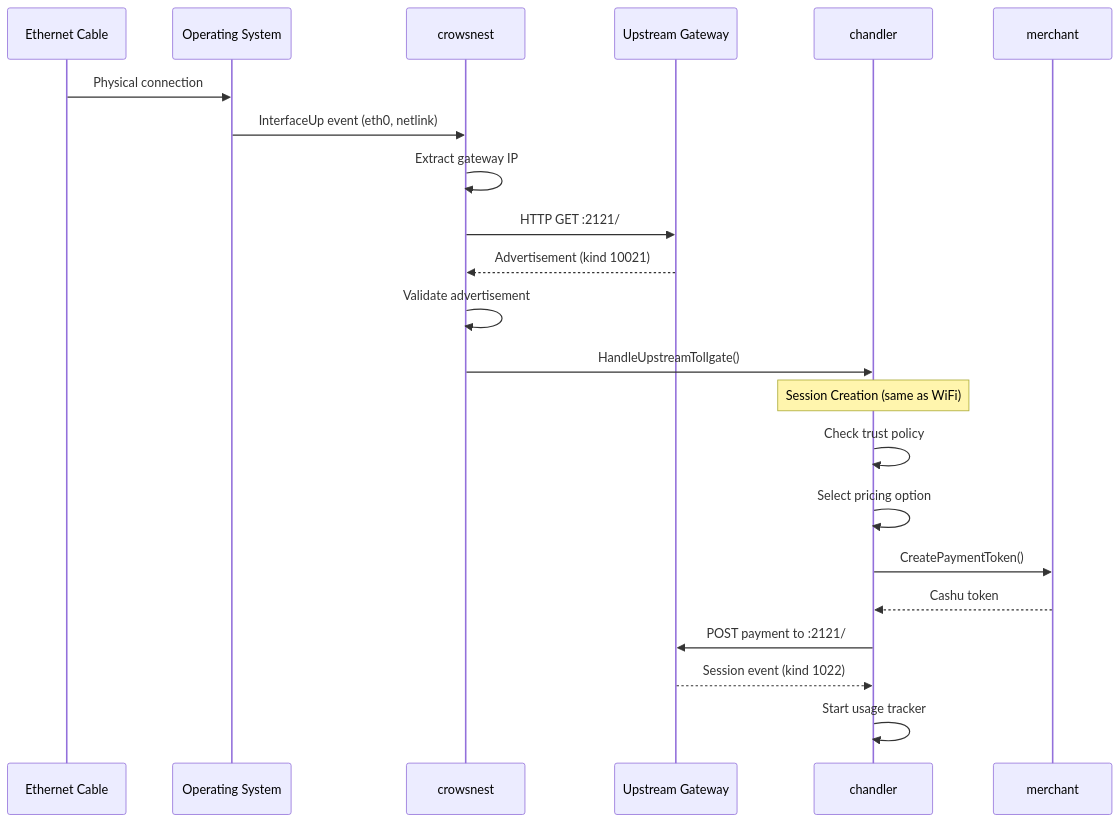
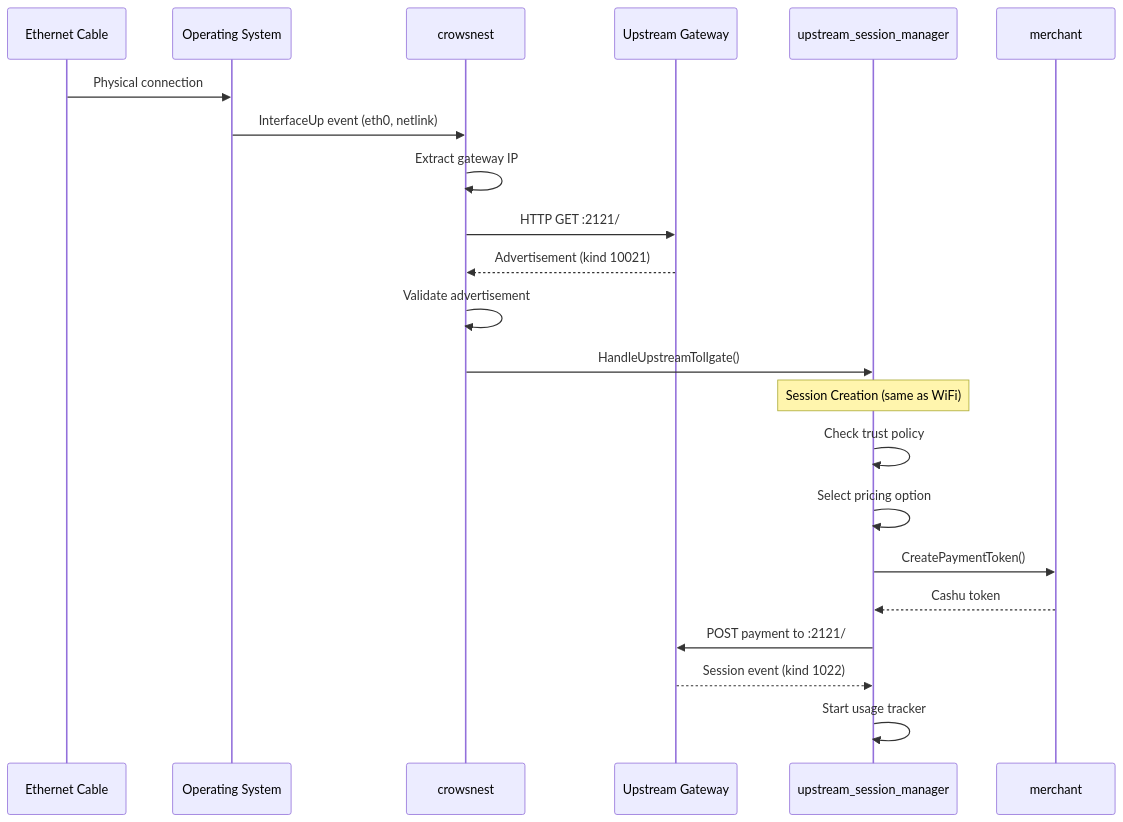
The third of 4 diagrams in docs/upstream-gateway-flow.md (OpenTollGate/tollgate-module-basic-go), drawn with Mermaid before and after one commit. The commit also changed other lines of this file and 24 other files, not shown here.

First line of the commit message:
rename chandler → upstream_session_manager

````diff
--- a/docs/upstream-gateway-flow.md
+++ b/docs/upstream-gateway-flow.md
@@ -97,27 +97,27 @@
 ```mermaid
 sequenceDiagram
     participant Cable as Ethernet Cable
     participant OS as Operating System
     participant CS as crowsnest
     participant GW as Upstream Gateway
-    participant CH as chandler
+    participant CH as upstream_session_manager
     participant MR as merchant
     
     Cable->>OS: Physical connection
     OS->>CS: InterfaceUp event (eth0, netlink)
     CS->>CS: Extract gateway IP
     CS->>GW: HTTP GET :2121/
     GW-->>CS: Advertisement (kind 10021)
     CS->>CS: Validate advertisement
     
     CS->>CH: HandleUpstreamTollgate()
     
     Note over CH: Session Creation (same as WiFi)
     CH->>CH: Check trust policy
     CH->>CH: Select pricing option
     CH->>MR: CreatePaymentToken()
     MR-->>CH: Cashu token
     CH->>GW: POST payment to :2121/
     GW-->>CH: Session event (kind 1022)
     CH->>CH: Start usage tracker
 ```
````
